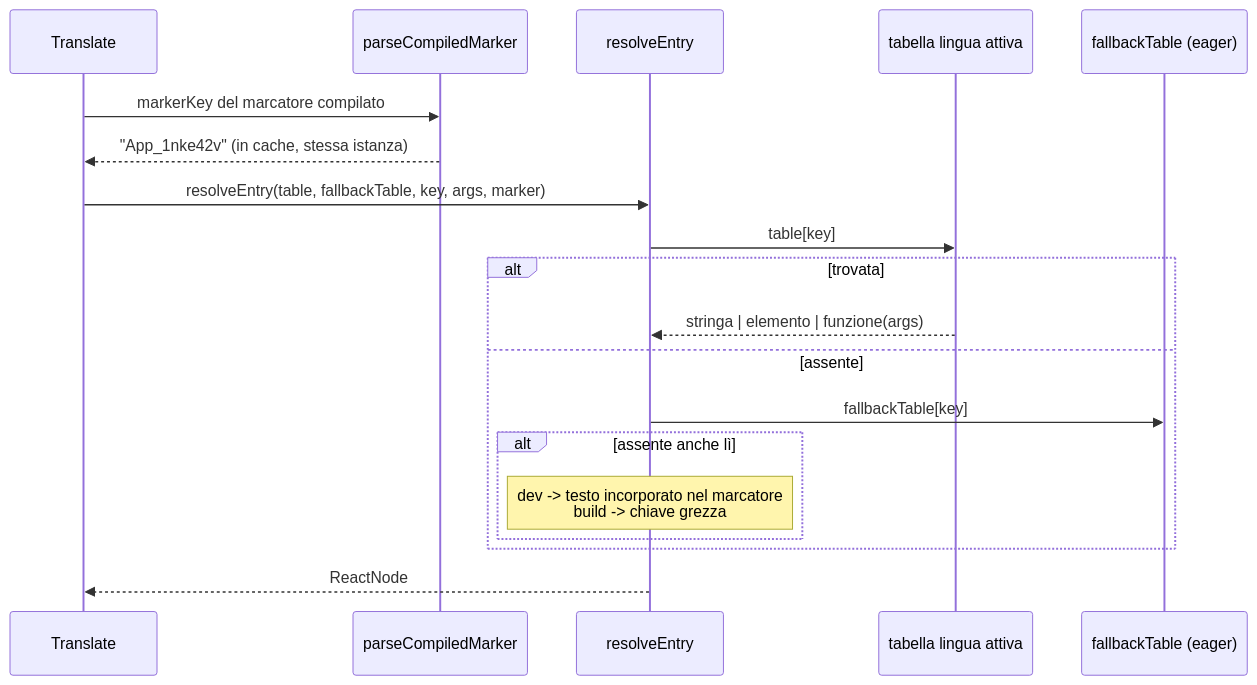
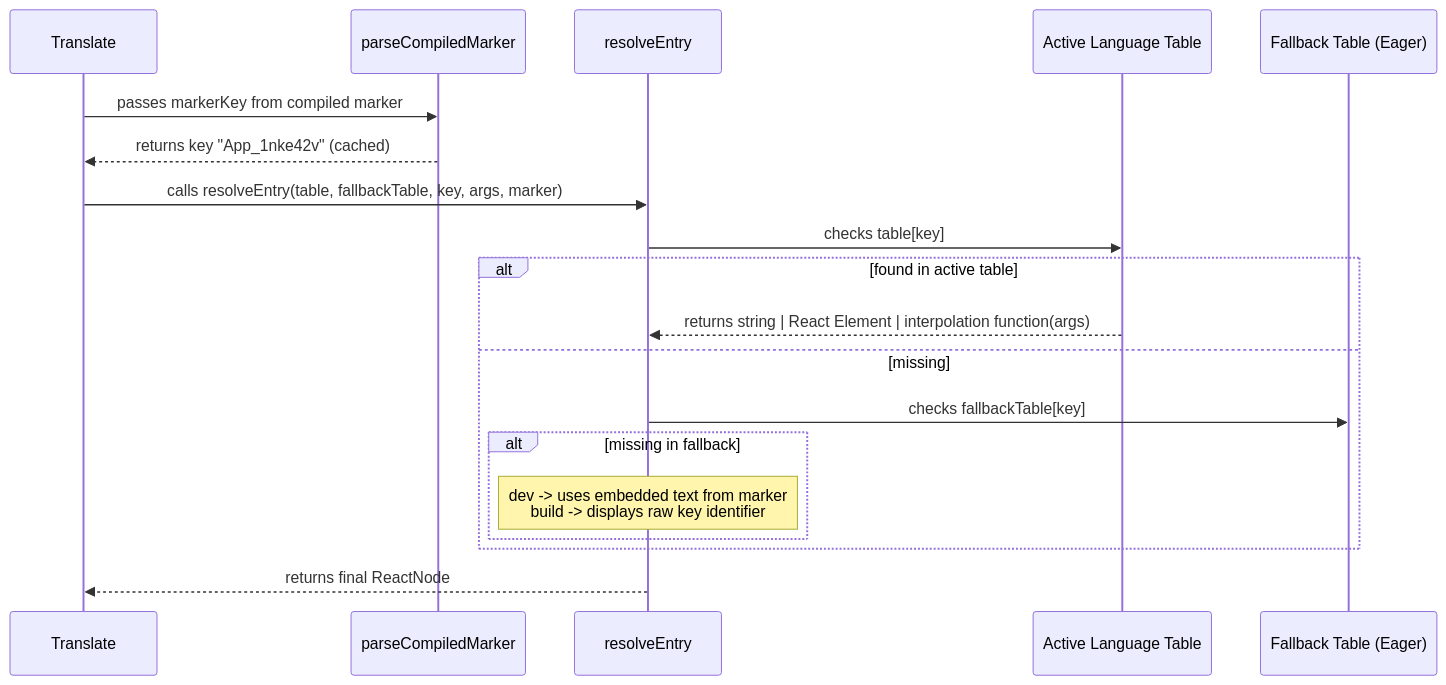
One commit to sepoina/viteTranslate changed the sixth of 8 diagrams in doc/structure.md. Above: the diagram before and after it, drawn with Mermaid. The commit also changed other lines of this file, not shown here.

````diff
--- a/doc/structure.md
+++ b/doc/structure.md
@@ -439,22 +440,22 @@
 ```mermaid
 sequenceDiagram
   participant T as Translate
   participant M as parseCompiledMarker
   participant R as resolveEntry
-  participant Tb as tabella lingua attiva
-  participant F as fallbackTable (eager)
+  participant Tb as Active Language Table
+  participant F as Fallback Table (Eager)
 
-  T->>M: markerKey del marcatore compilato
-  M-->>T: "App_1nke42v" (in cache, stessa istanza)
-  T->>R: resolveEntry(table, fallbackTable, key, args, marker)
-  R->>Tb: table[key]
-  alt trovata
-    Tb-->>R: stringa | elemento | funzione(args)
-  else assente
-    R->>F: fallbackTable[key]
-    alt assente anche lì
-      Note over R: dev -> testo incorporato nel marcatore<br/>build -> chiave grezza
+  T->>M: passes markerKey from compiled marker
+  M-->>T: returns key "App_1nke42v" (cached)
+  T->>R: calls resolveEntry(table, fallbackTable, key, args, marker)
+  R->>Tb: checks table[key]
+  alt found in active table
+    Tb-->>R: returns string | React Element | interpolation function(args)
+  else missing
+    R->>F: checks fallbackTable[key]
+    alt missing in fallback
+      Note over R: dev -> uses embedded text from marker<br/>build -> displays raw key identifier
     end
   end
-  R-->>T: ReactNode
+  R-->>T: returns final ReactNode
 ```
````
